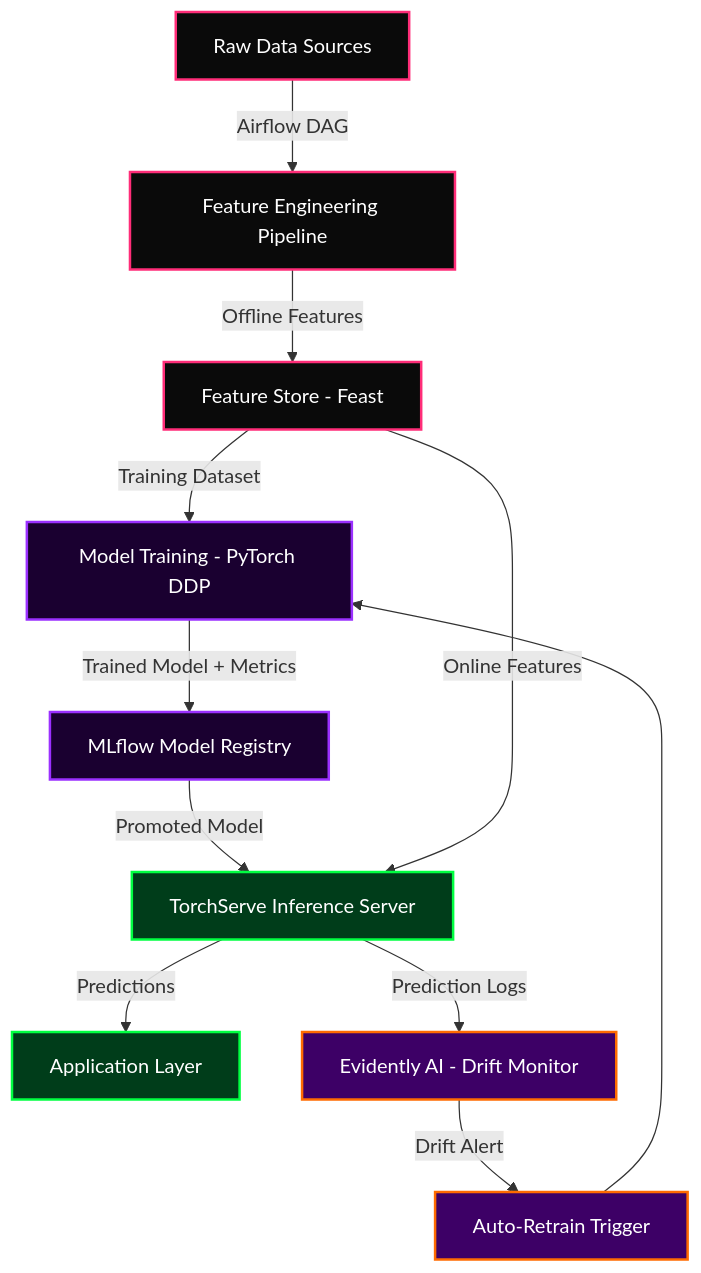
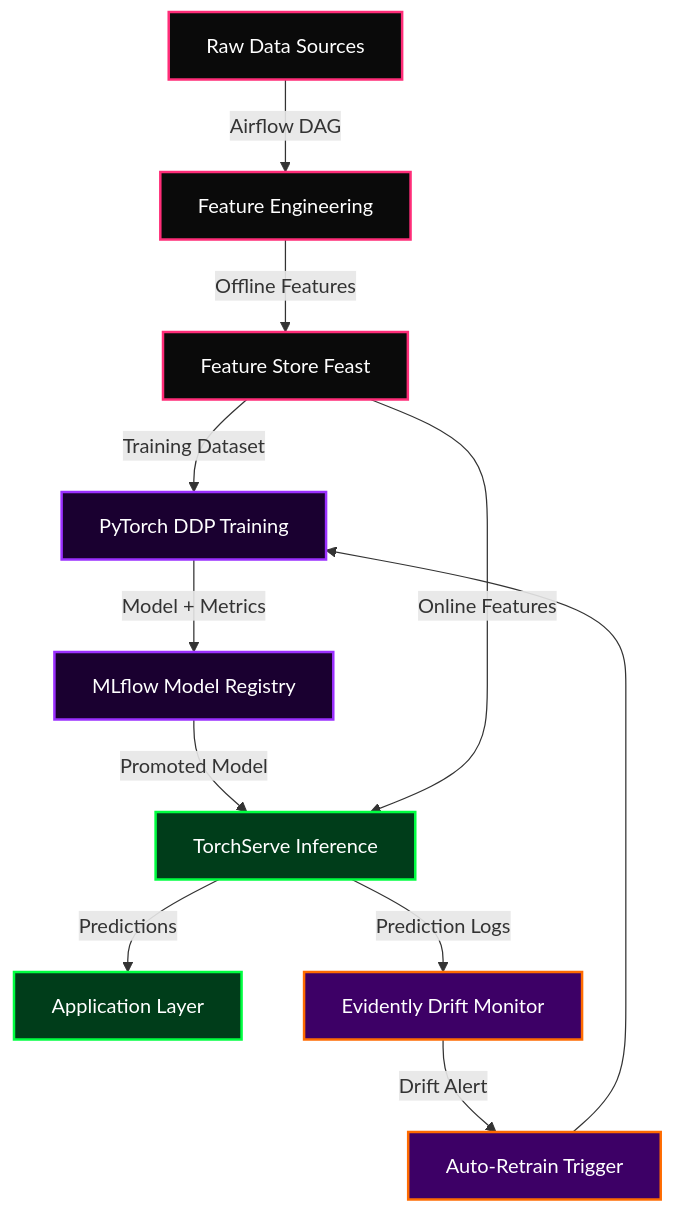
Before and after one commit to NewNexus001/newnexus001: diagram 13 of 25 in README.md, drawn with Mermaid. The commit also changed other lines of this file, not shown here.

````diff
--- a/README.md
+++ b/README.md
@@ -459,18 +428,18 @@
 ```mermaid
 graph TD
-    classDef data fill:#0a0a0a,stroke:#FF2D78,stroke-width:2px,color:#fff
-    classDef train fill:#1a0030,stroke:#9B30FF,stroke-width:2px,color:#fff
-    classDef serve fill:#003d1a,stroke:#00FF41,stroke-width:2px,color:#fff
-    classDef monitor fill:#3d0066,stroke:#FF6B00,stroke-width:2px,color:#fff
+    classDef dat fill:#0a0a0a,stroke:#FF2D78,stroke-width:2px,color:#fff
+    classDef trn fill:#1a0030,stroke:#9B30FF,stroke-width:2px,color:#fff
+    classDef srv fill:#003d1a,stroke:#00FF41,stroke-width:2px,color:#fff
+    classDef mon fill:#3d0066,stroke:#FF6B00,stroke-width:2px,color:#fff
 
-    RAW["Raw Data Sources"]:::data -->|Airflow DAG| FE["Feature Engineering Pipeline"]:::data
-    FE -->|Offline Features| FS["Feature Store - Feast"]:::data
-    FS -->|Training Dataset| TR["Model Training - PyTorch DDP"]:::train
-    TR -->|Trained Model + Metrics| MR["MLflow Model Registry"]:::train
-    MR -->|Promoted Model| SERVE["TorchServe Inference Server"]:::serve
+    RAW["Raw Data Sources"]:::dat -->|Airflow DAG| FE["Feature Engineering"]:::dat
+    FE -->|Offline Features| FS["Feature Store Feast"]:::dat
+    FS -->|Training Dataset| TR["PyTorch DDP Training"]:::trn
+    TR -->|Model + Metrics| MR["MLflow Model Registry"]:::trn
+    MR -->|Promoted Model| SERVE["TorchServe Inference"]:::srv
     FS -->|Online Features| SERVE
-    SERVE -->|Predictions| APP["Application Layer"]:::serve
-    SERVE -->|Prediction Logs| MON["Evidently AI - Drift Monitor"]:::monitor
-    MON -->|Drift Alert| RETRAIN["Auto-Retrain Trigger"]:::monitor
+    SERVE -->|Predictions| APP["Application Layer"]:::srv
+    SERVE -->|Prediction Logs| MON["Evidently Drift Monitor"]:::mon
+    MON -->|Drift Alert| RETRAIN["Auto-Retrain Trigger"]:::mon
     RETRAIN --> TR
 ```
````
